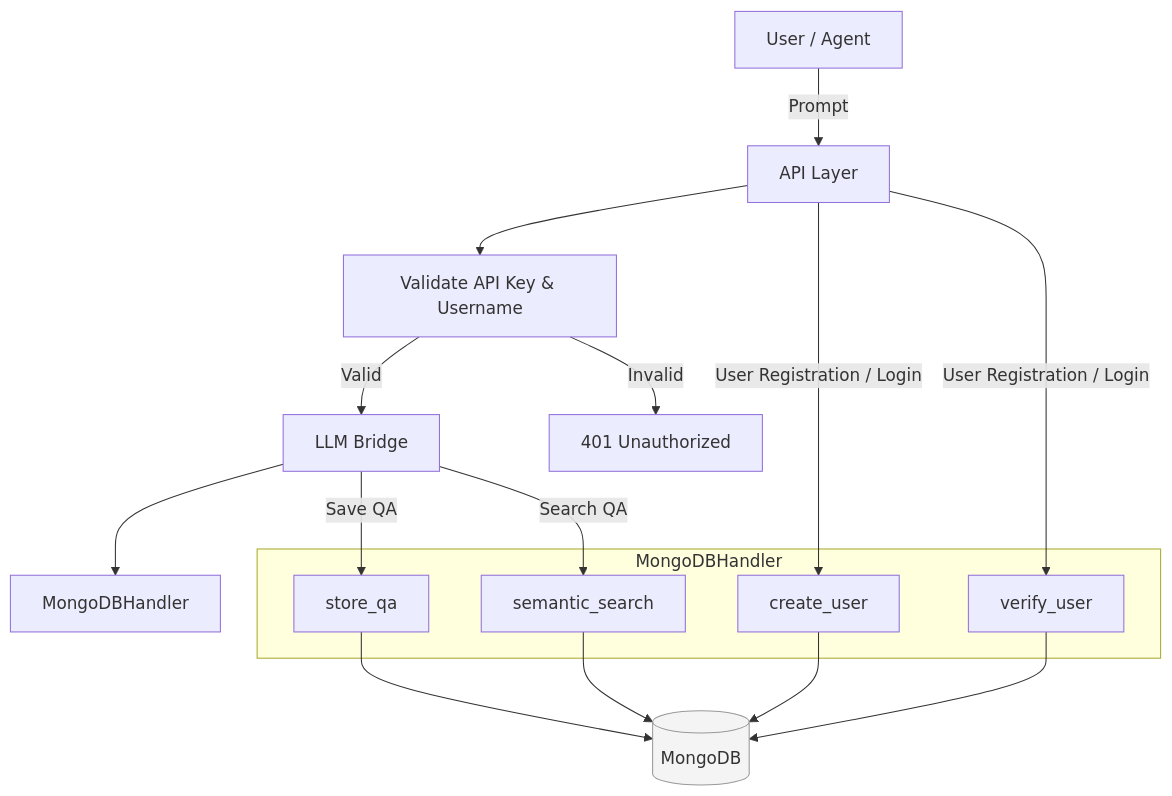
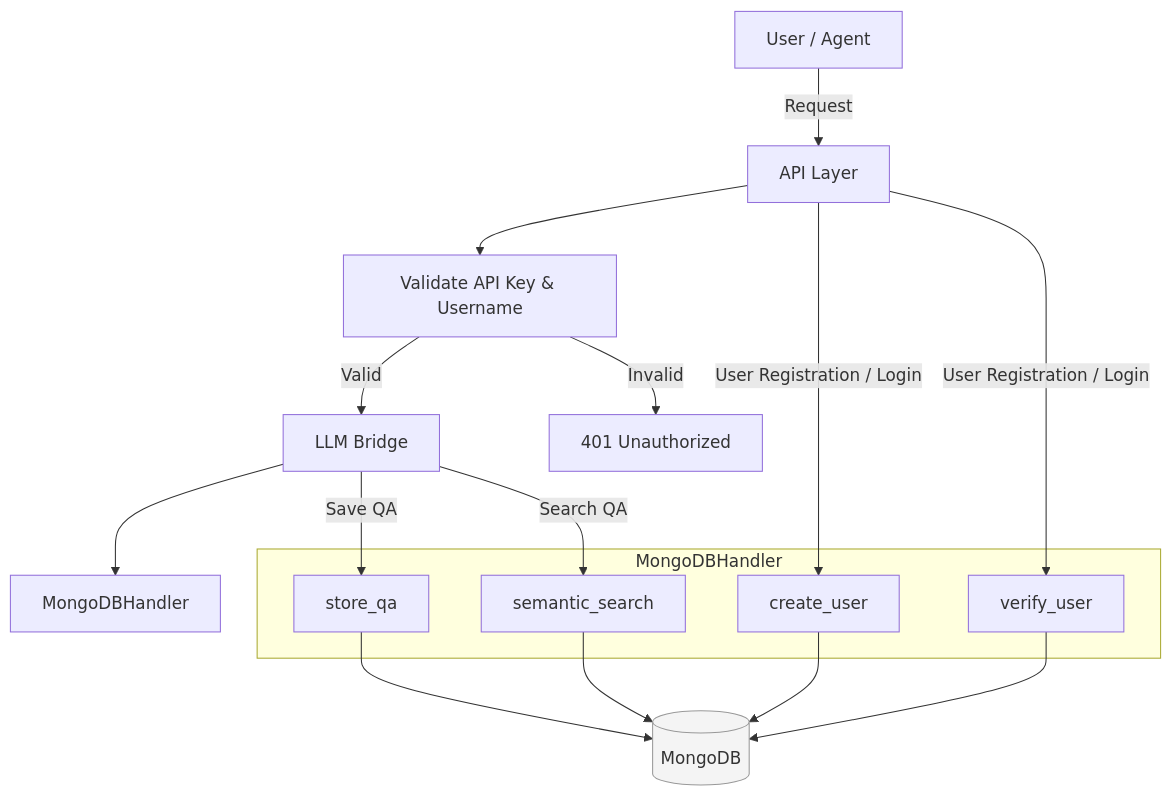
The diagram in data_layer/README.md (yana-g/bridge-ai), drawn with Mermaid before and after one commit.

Commit message:
Update data_layer README

````diff
--- a/data_layer/README.md
+++ b/data_layer/README.md
@@ -17,27 +17,27 @@
 ```mermaid
 flowchart TD
-    A[User / Agent] -->|Prompt| B[API Layer]
+    A[User / Agent] -->|Request| B[API Layer]
     B --> Auth[Validate API Key & Username]
     Auth -->|Valid| C[LLM Bridge]
     Auth -->|Invalid| F[401 Unauthorized]
     C --> D[MongoDBHandler]
 
     subgraph MongoDBHandler
         D1[create_user]
         D2[verify_user]
         D3[store_qa]
         D4[semantic_search]
     end
 
     B -->|User Registration / Login| D1
     B -->|User Registration / Login| D2
     C -->|Save QA| D3
     C -->|Search QA| D4
 
     D1 --> E[(MongoDB)]
     D2 --> E
     D3 --> E
     D4 --> E
 
     style E fill:#f4f4f4,stroke:#999,stroke-width:1px
 ```
````
